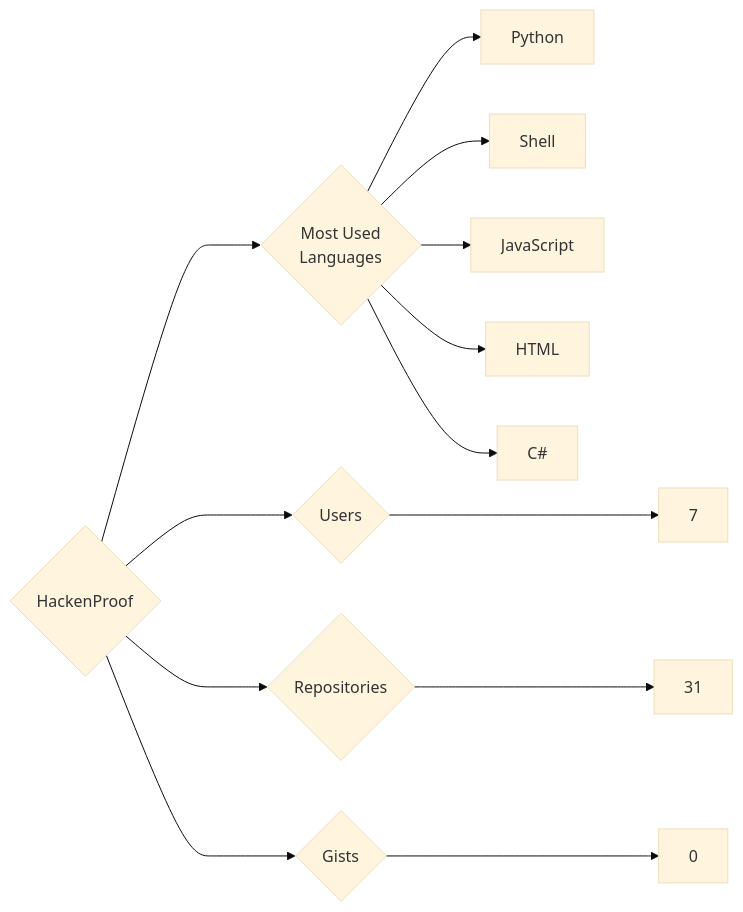
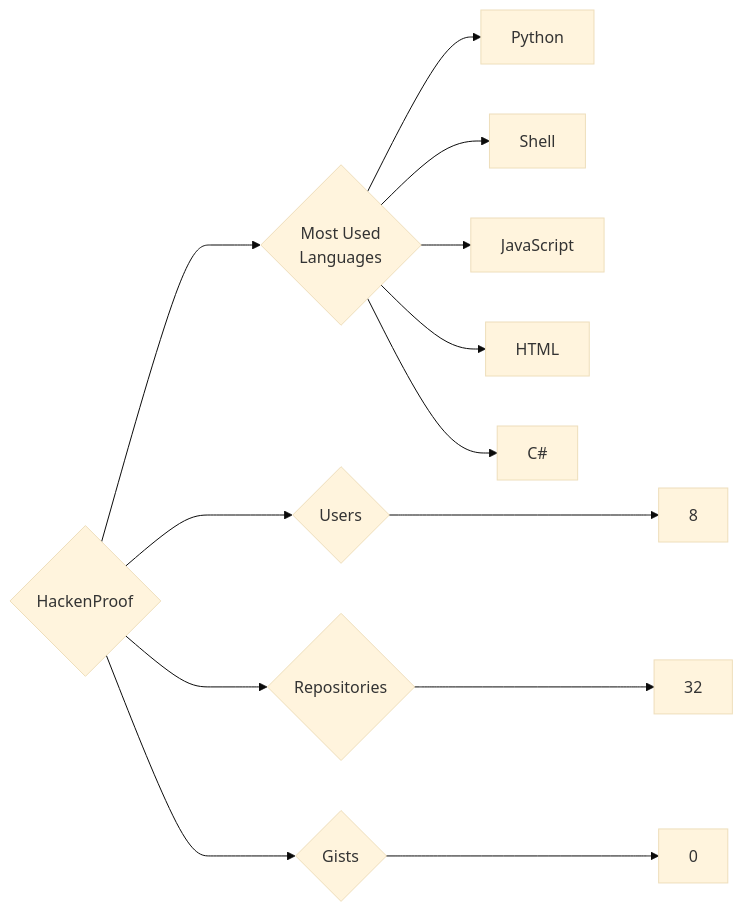
The diagram in targets/HackenProof/README.md (trickest/insiders), drawn with Mermaid (base theme) before and after one commit. The commit also changed 1020 other files, not shown here.

````diff
--- a/targets/HackenProof/README.md
+++ b/targets/HackenProof/README.md
@@ -3,13 +3,13 @@
 ```mermaid
 graph LR
 COMPANY_NAME{HackenProof}
-COMPANY_NAME ---> U{Users} ---> UN[7]
-COMPANY_NAME ---> R{Repositories} ---> RN[31]
+COMPANY_NAME ---> U{Users} ---> UN[8]
+COMPANY_NAME ---> R{Repositories} ---> RN[32]
 COMPANY_NAME ---> G{Gists} ---> GN[0]
 COMPANY_NAME ---> ML{Most Used<br>Languages}
 ML --> Python[Python]
 ML --> Shell[Shell]
 ML --> JavaScript[JavaScript]
 ML --> HTML[HTML]
 ML --> C#[C#]
 ```
````
